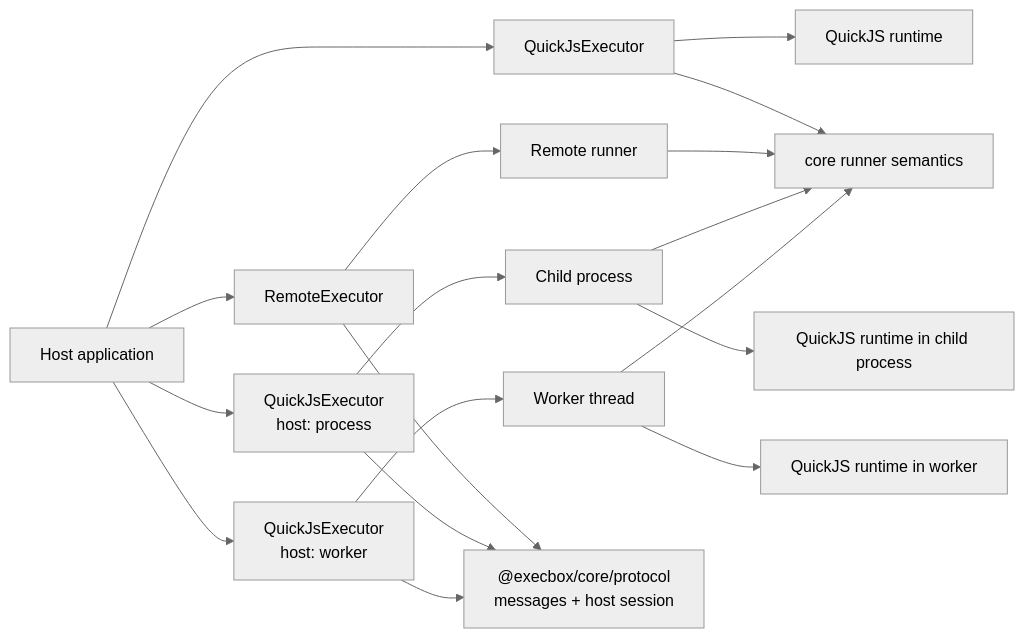
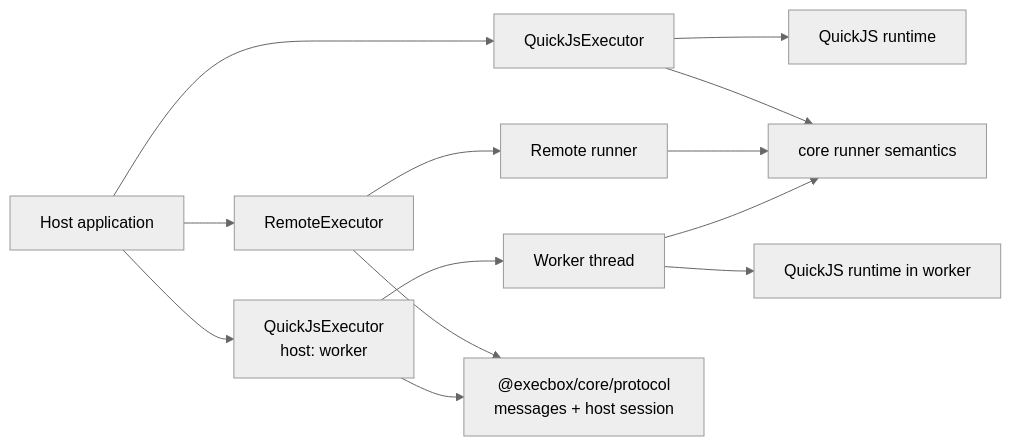
One commit to aallam/execbox changed the first of 2 diagrams in docs/architecture/execbox-executors.md. Above: the diagram before and after it, drawn with Mermaid (neutral theme). The commit also changed other lines of this file and 34 other files, not shown here.

Commit message:
refactor: drop QuickJS process host (#33)

````diff
--- a/docs/architecture/execbox-executors.md
+++ b/docs/architecture/execbox-executors.md
@@ -14,28 +13,22 @@
 ```mermaid
 flowchart LR
     HOST["Host application"]
     QJS["QuickJsExecutor"]
     QJSRT["QuickJS runtime"]
     REM["RemoteExecutor"]
     REMRT["Remote runner"]
     WQJS["QuickJsExecutor\nhost: worker"]
-    PQJS["QuickJsExecutor\nhost: process"]
-    PROCCHILD["Child process"]
     THREAD["Worker thread"]
     RUNNER["core runner semantics"]
     PROTO["@execbox/core/protocol<br/>messages + host session"]
     WQJSRT["QuickJS runtime in worker"]
-    PQJSRT["QuickJS runtime in child process"]
 
     HOST --> QJS --> QJSRT
     HOST --> REM --> REMRT
-    HOST --> PQJS --> PROCCHILD --> PQJSRT
     HOST --> WQJS --> THREAD --> WQJSRT
     QJS --> RUNNER
     REM --> PROTO
     REMRT --> RUNNER
-    PQJS --> PROTO
     WQJS --> PROTO
-    PROCCHILD --> RUNNER
     THREAD --> RUNNER
 ```
````
